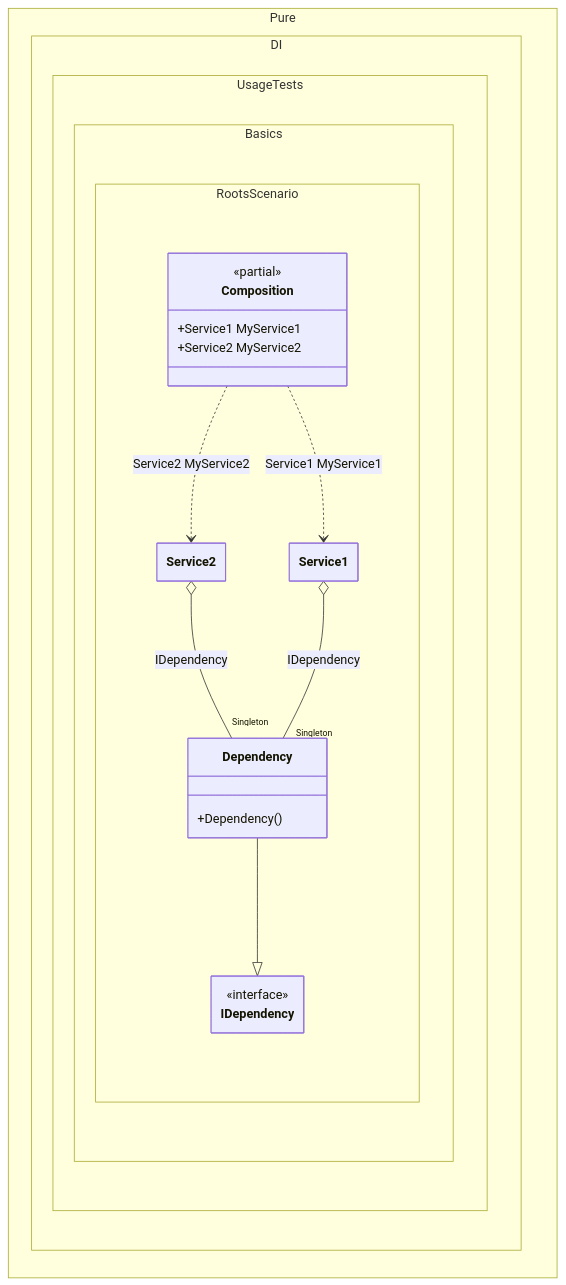
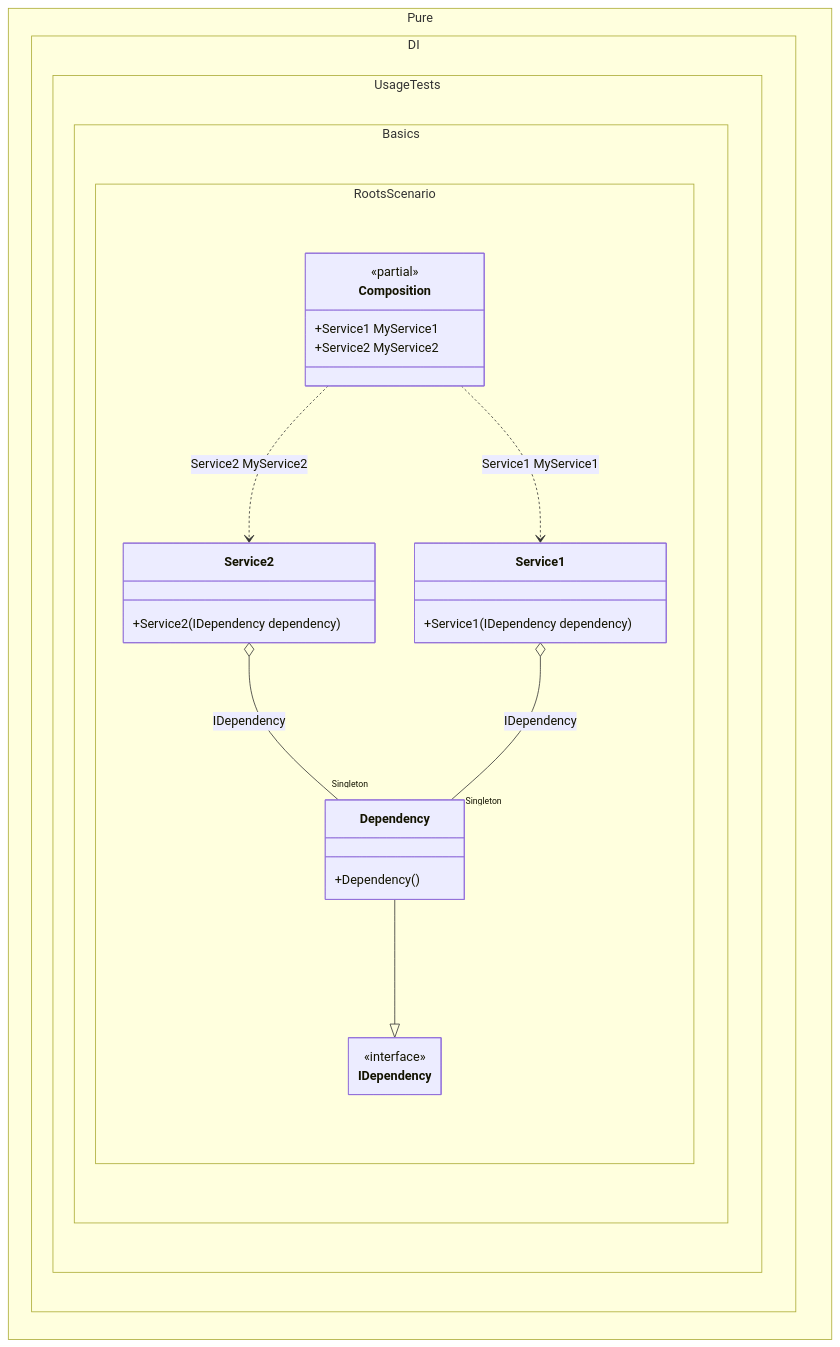
Before and after one commit to DevTeam/Pure.DI: the diagram in readme/roots.md, drawn with Mermaid. The commit also changed 113 other files, not shown here.

````diff
--- a/readme/roots.md
+++ b/readme/roots.md
@@ -123,30 +123,32 @@
 ```mermaid
 ---
  config:
   class:
    hideEmptyMembersBox: true
 ---
 classDiagram
 	Dependency --|> IDependency
 	Composition ..> Service2 : Service2 MyService2
 	Composition ..> Service1 : Service1 MyService1
 	Service2 o-- "Singleton" Dependency : IDependency
 	Service1 o-- "Singleton" Dependency : IDependency
 	namespace Pure.DI.UsageTests.Basics.RootsScenario {
 		class Composition {
 		<<partial>>
 		+Service1 MyService1
 		+Service2 MyService2
 		}
 		class Dependency {
 			+Dependency()
 		}
 		class IDependency {
 			<<interface>>
 		}
 		class Service1 {
+			+Service1(IDependency dependency)
 		}
 		class Service2 {
+			+Service2(IDependency dependency)
 		}
 	}
 ```
````
